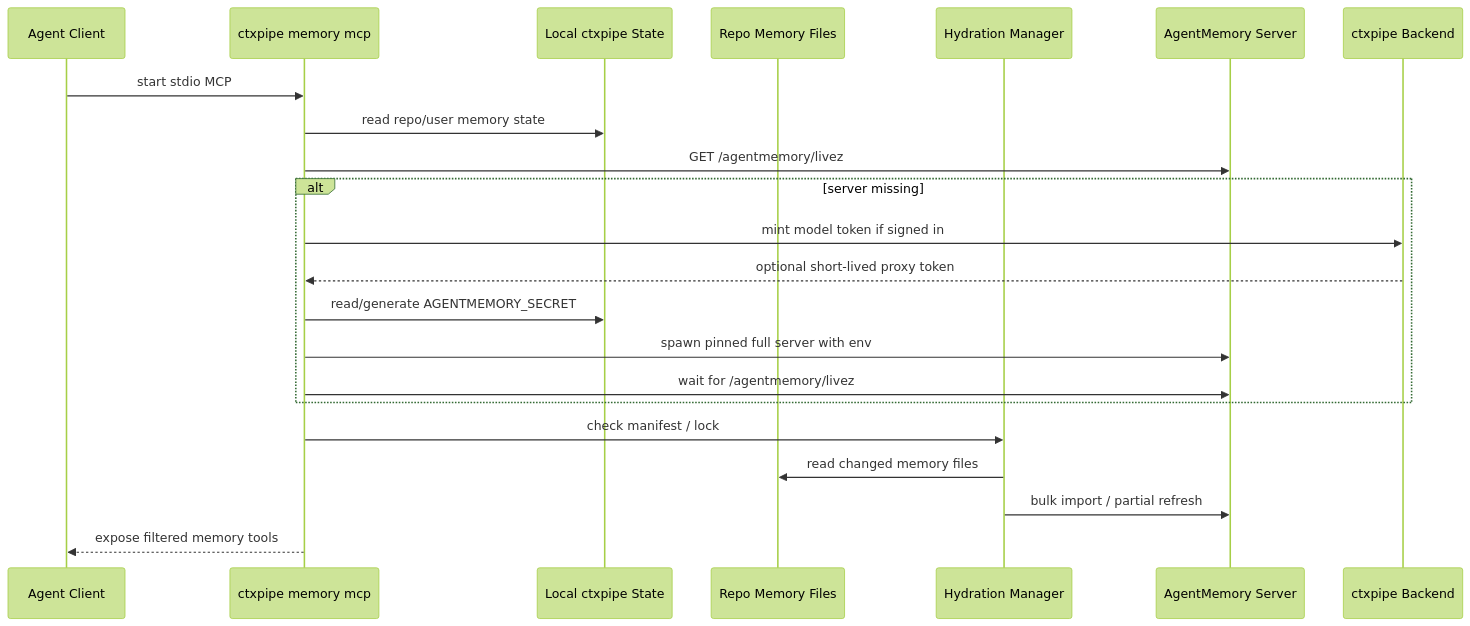
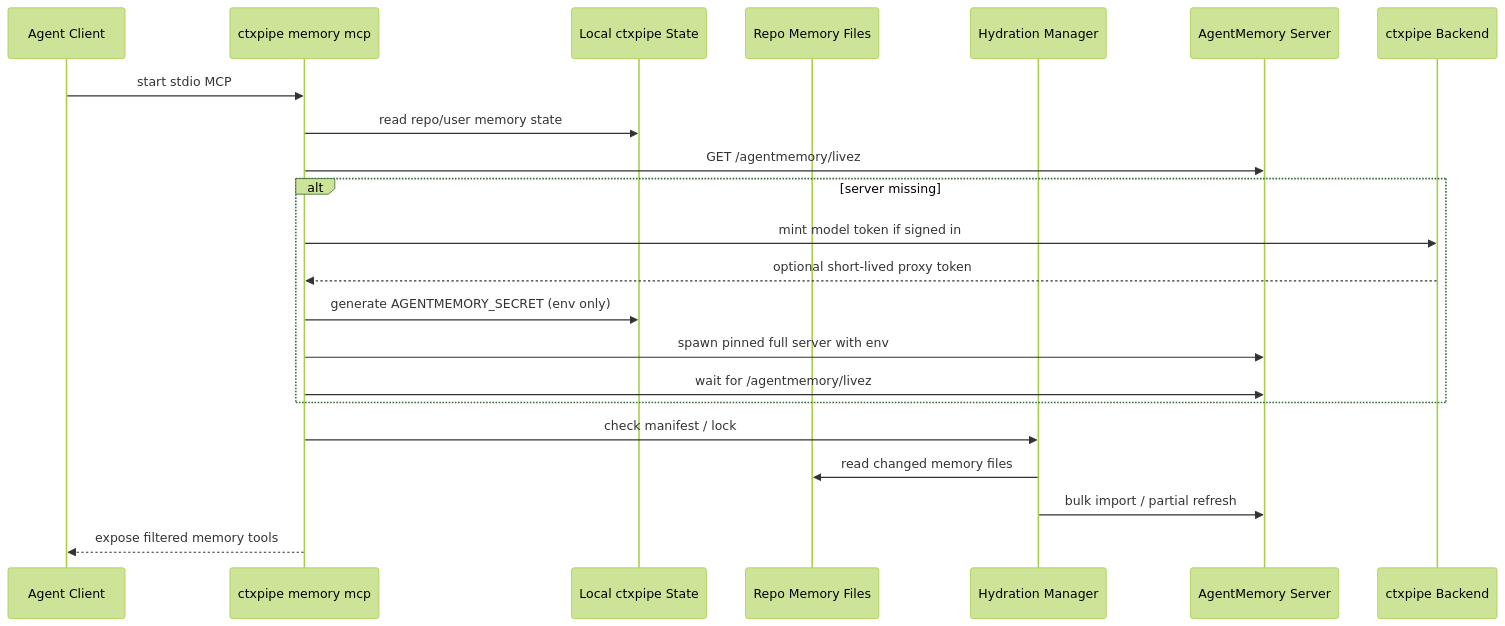
Before and after one commit to ctxpipe-ai/ctxpipe: the second of 5 diagrams in .ai/memory/decisions/ADR-021-local-agent-memory-agentmemory-hybrid-mcp-proxy.md, drawn with Mermaid (forest theme). The commit also changed other lines of this file and 4 other files, not shown here.

````diff
--- a/.ai/memory/decisions/ADR-021-local-agent-memory-agentmemory-hybrid-mcp-proxy.md
+++ b/.ai/memory/decisions/ADR-021-local-agent-memory-agentmemory-hybrid-mcp-proxy.md
@@ -267,25 +268,25 @@
 ```mermaid
 sequenceDiagram
   participant Agent as Agent Client
   participant MCP as ctxpipe memory mcp
   participant State as Local ctxpipe State
   participant Files as Repo Memory Files
   participant Hydrate as Hydration Manager
   participant AM as AgentMemory Server
   participant Auth as ctxpipe Backend
 
   Agent->>MCP: start stdio MCP
   MCP->>State: read repo/user memory state
   MCP->>AM: GET /agentmemory/livez
   alt server missing
     MCP->>Auth: mint model token if signed in
     Auth-->>MCP: optional short-lived proxy token
-    MCP->>State: read/generate AGENTMEMORY_SECRET
+    MCP->>State: generate AGENTMEMORY_SECRET (env only)
     MCP->>AM: spawn pinned full server with env
     MCP->>AM: wait for /agentmemory/livez
   end
   MCP->>Hydrate: check manifest / lock
   Hydrate->>Files: read changed memory files
   Hydrate->>AM: bulk import / partial refresh
   MCP-->>Agent: expose filtered memory tools
 ```
````
